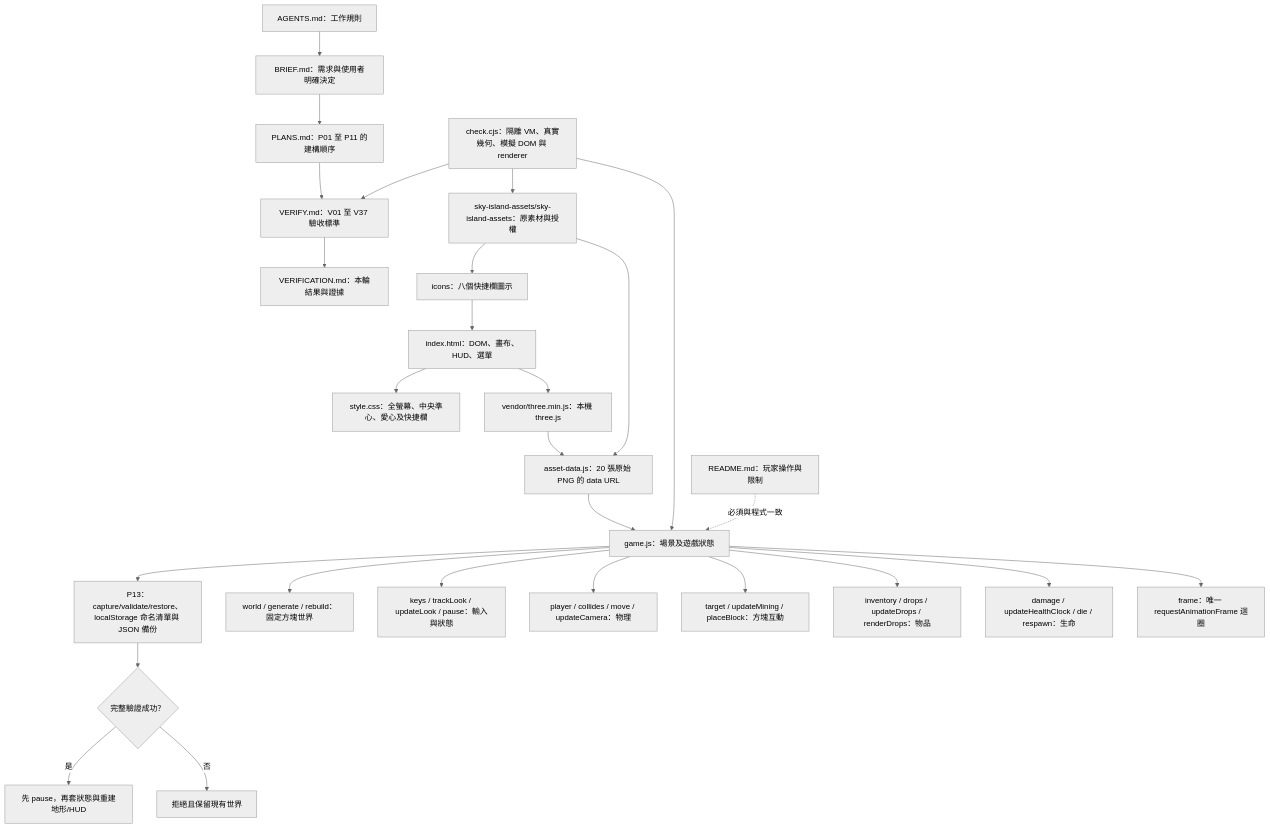
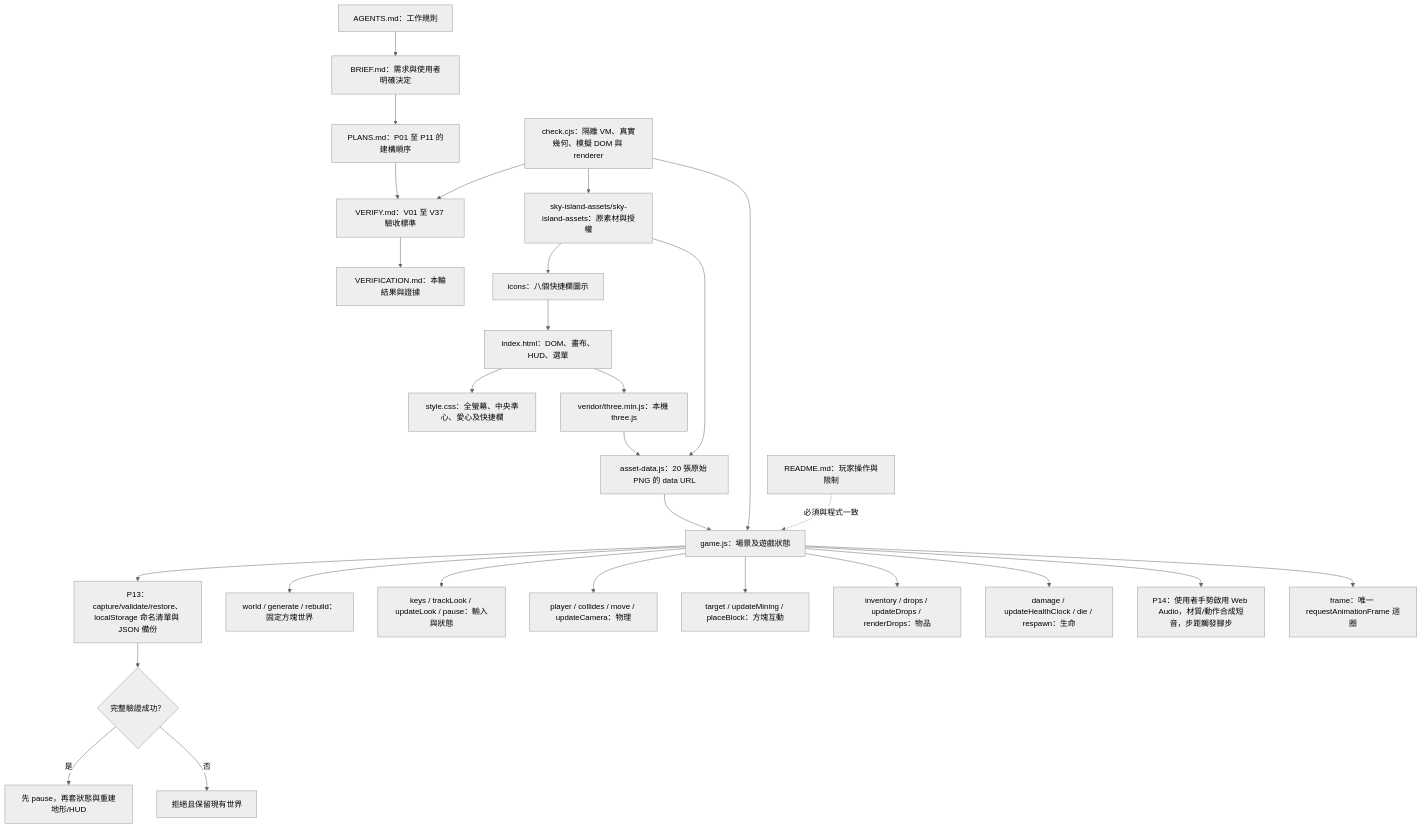
The first of 8 diagrams in MERMAID.md (Fox9009xoF-Y/1022SkyIsland), drawn with Mermaid (neutral theme) before and after one commit. The commit also changed 3 other files, not shown here.

````diff
--- a/MERMAID.md
+++ b/MERMAID.md
@@ -9,29 +9,30 @@
 ```mermaid
 flowchart TB
   rules["AGENTS.md：工作規則"] --> brief["BRIEF.md：需求與使用者明確決定"]
   brief --> plan["PLANS.md：P01 至 P11 的建構順序"]
   plan --> verify["VERIFY.md：V01 至 V37 驗收標準"]
   verify --> report["VERIFICATION.md：本輪結果與證據"]
   html["index.html：DOM、畫布、HUD、選單"] --> css["style.css：全螢幕、中央準心、愛心及快捷欄"]
   html --> three["vendor/three.min.js：本機 three.js"]
   three --> data["asset-data.js：20 張原始 PNG 的 data URL"]
   data --> game["game.js：場景及遊戲狀態"]
   source["sky-island-assets/sky-island-assets：原素材與授權"] --> data
   source --> icons["icons：八個快捷欄圖示"]
   icons --> html
   game --> saves["P13：capture/validate/restore、localStorage 命名清單與 JSON 備份"]
   saves --> validSave{"完整驗證成功？"}
   validSave -->|是| restore["先 pause，再套狀態與重建地形/HUD"]
   validSave -->|否| intact["拒絕且保留現有世界"]
   game --> world["world / generate / rebuild：固定方塊世界"]
   game --> control["keys / trackLook / updateLook / pause：輸入與狀態"]
   game --> physics["player / collides / move / updateCamera：物理"]
   game --> interact["target / updateMining / placeBlock：方塊互動"]
   game --> items["inventory / drops / updateDrops / renderDrops：物品"]
   game --> life["damage / updateHealthClock / die / respawn：生命"]
+  game --> audio["P14：使用者手勢啟用 Web Audio，材質/動作合成短音，步距觸發腳步"]
   game --> loop["frame：唯一 requestAnimationFrame 迴圈"]
   tests["check.cjs：隔離 VM、真實幾何、模擬 DOM 與 renderer"] --> game
   tests --> verify
   tests --> source
   readme["README.md：玩家操作與限制"] -. "必須與程式一致" .-> game
 ```
````
